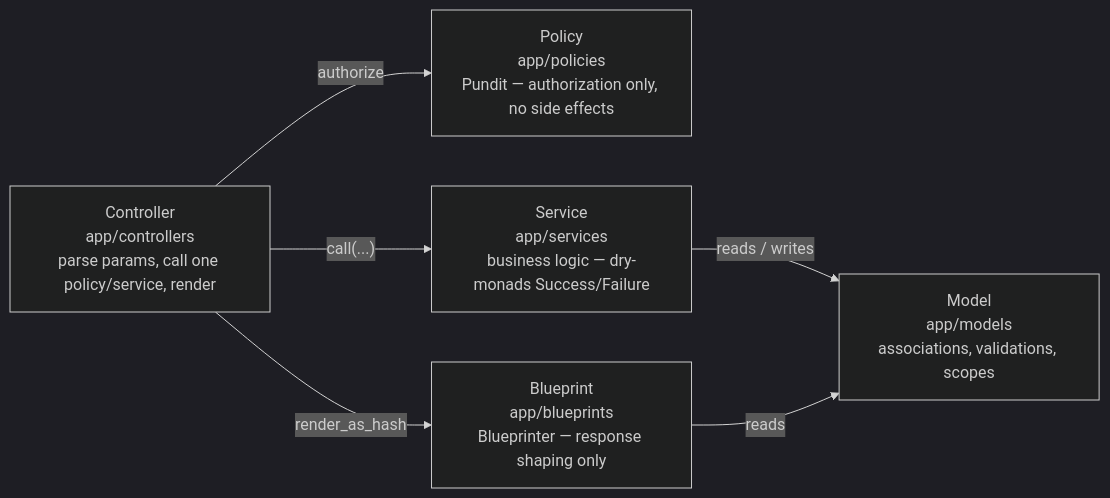
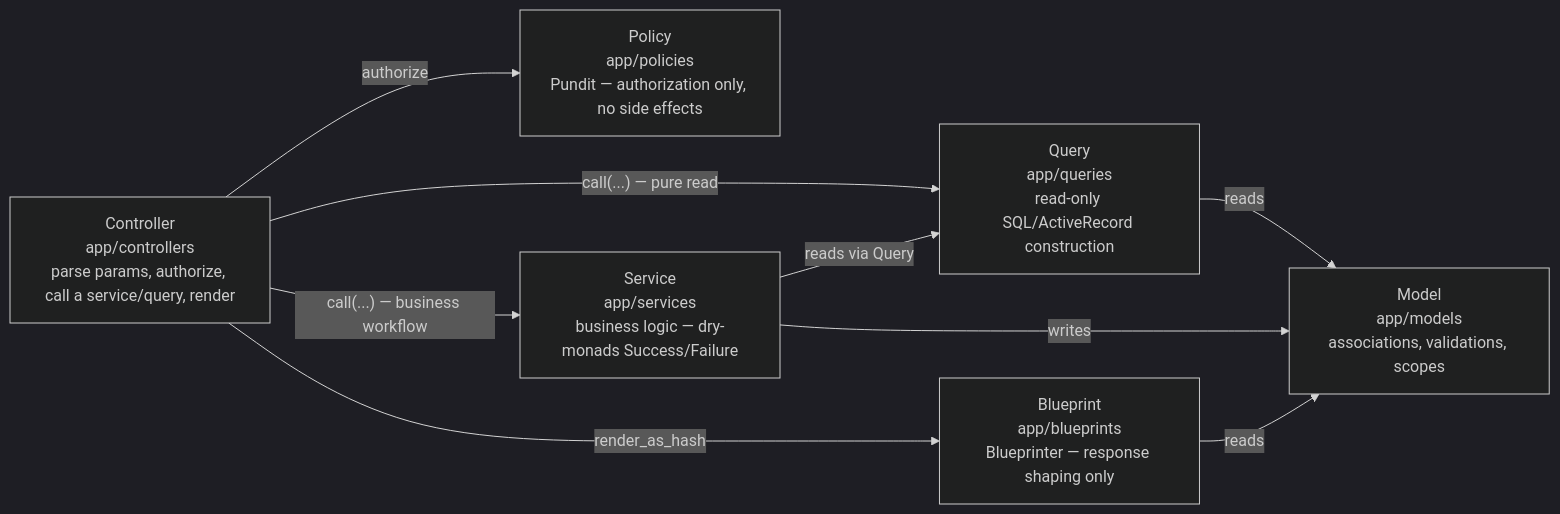
One commit to arya020595/st_dofi_backend changed the third of 7 diagrams in docs/ARCHITECTURE.md. Above: the diagram before and after it, drawn with Mermaid (dark theme). The commit also changed other lines of this file and 73 other files, not shown here.

````diff
--- a/docs/ARCHITECTURE.md
+++ b/docs/ARCHITECTURE.md
@@ -115,14 +115,18 @@
 ```mermaid
 graph LR
-    C["Controller<br/>app/controllers<br/>parse params, call one policy/service, render"]
+    C["Controller<br/>app/controllers<br/>parse params, authorize, call a service/query, render"]
     P["Policy<br/>app/policies<br/>Pundit — authorization only, no side effects"]
     S["Service<br/>app/services<br/>business logic — dry-monads Success/Failure"]
+    Q["Query<br/>app/queries<br/>read-only SQL/ActiveRecord construction"]
     M["Model<br/>app/models<br/>associations, validations, scopes"]
     B["Blueprint<br/>app/blueprints<br/>Blueprinter — response shaping only"]
 
     C -->|"authorize"| P
-    C -->|"call(...)"| S
-    S -->|"reads / writes"| M
+    C -->|"call(...) — business workflow"| S
+    C -->|"call(...) — pure read"| Q
+    S -->|"reads via Query"| Q
+    Q -->|"reads"| M
+    S -->|"writes"| M
     C -->|"render_as_hash"| B
     B -->|"reads"| M
 ```
````
